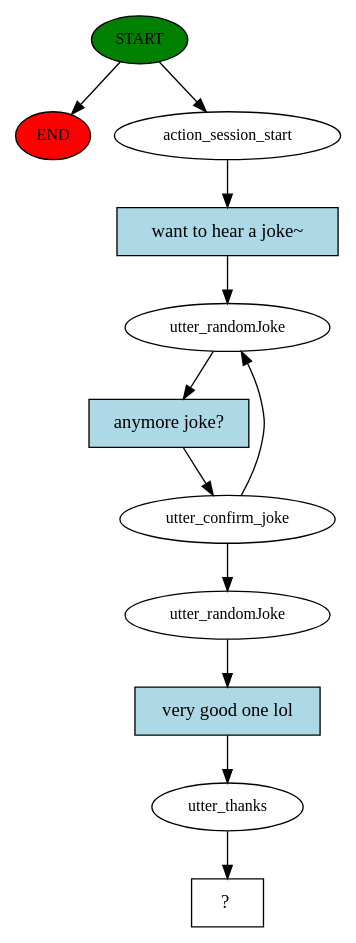
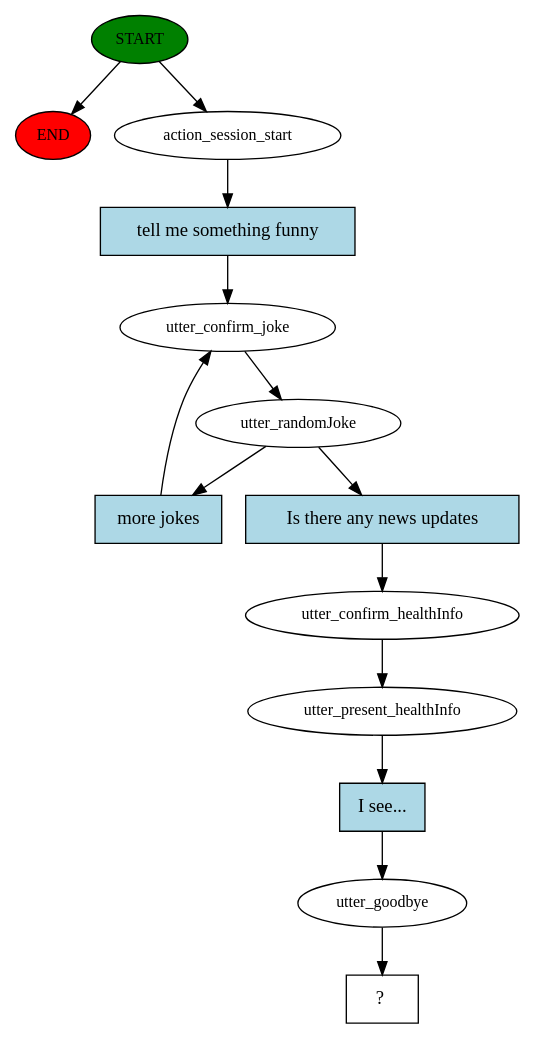
The diagram in chatbot/story_graph.dot (JJTam/COMP4461-Project2-Rasa-Chatbot), drawn with Graphviz before and after one commit. The commit also changed 5 other files, not shown here.

```diff
--- a/chatbot/story_graph.dot
+++ b/chatbot/story_graph.dot
@@ -1,24 +1,28 @@
 digraph  {
 0 [class="start active", fillcolor=green, fontsize=12, label=START, style=filled];
 "-1" [class=end, fillcolor=red, fontsize=12, label=END, style=filled];
 1 [class=active, fontsize=12, label=action_session_start];
-2 [class=active, fontsize=12, label=utter_randomJoke];
-3 [class=active, fontsize=12, label=utter_confirm_joke];
-6 [class=active, fontsize=12, label=utter_randomJoke];
-7 [class=active, fontsize=12, label=utter_thanks];
-8 [class="intent dashed active", label="  ?  ", shape=rect];
-9 [class="intent active", fillcolor=lightblue, label="want to hear a joke~", shape=rect, style=filled];
-10 [class="intent active", fillcolor=lightblue, label="anymore joke?", shape=rect, style=filled];
-11 [class="intent active", fillcolor=lightblue, label="very good one lol", shape=rect, style=filled];
+2 [class=active, fontsize=12, label=utter_confirm_joke];
+3 [class=active, fontsize=12, label=utter_randomJoke];
+6 [class=active, fontsize=12, label=utter_confirm_healthInfo];
+7 [class=active, fontsize=12, label=utter_present_healthInfo];
+8 [class=active, fontsize=12, label=utter_goodbye];
+9 [class="intent dashed active", label="  ?  ", shape=rect];
+10 [class="intent active", fillcolor=lightblue, label="tell me something funny", shape=rect, style=filled];
+11 [class="intent active", fillcolor=lightblue, label="more jokes", shape=rect, style=filled];
+12 [class="intent active", fillcolor=lightblue, label="Is there any news updates", shape=rect, style=filled];
+13 [class="intent active", fillcolor=lightblue, label="I see...", shape=rect, style=filled];
 0 -> "-1"  [class="", key=NONE, label=""];
 0 -> 1  [class=active, key=NONE, label=""];
-1 -> 9  [class=active, key=0];
-2 -> 10  [class=active, key=0];
-3 -> 2  [class=active, key=NONE, label=""];
-3 -> 6  [class=active, key=NONE, label=""];
-6 -> 11  [class=active, key=0];
-7 -> 8  [class=active, key=NONE, label=""];
-9 -> 2  [class=active, key=0];
-10 -> 3  [class=active, key=0];
-11 -> 7  [class=active, key=0];
+1 -> 10  [class=active, key=0];
+2 -> 3  [class=active, key=NONE, label=""];
+3 -> 11  [class=active, key=0];
+3 -> 12  [class=active, key=0];
+6 -> 7  [class=active, key=NONE, label=""];
+7 -> 13  [class=active, key=0];
+8 -> 9  [class=active, key=NONE, label=""];
+10 -> 2  [class=active, key=0];
+11 -> 2  [class=active, key=0];
+12 -> 6  [class=active, key=0];
+13 -> 8  [class=active, key=0];
 }
```
